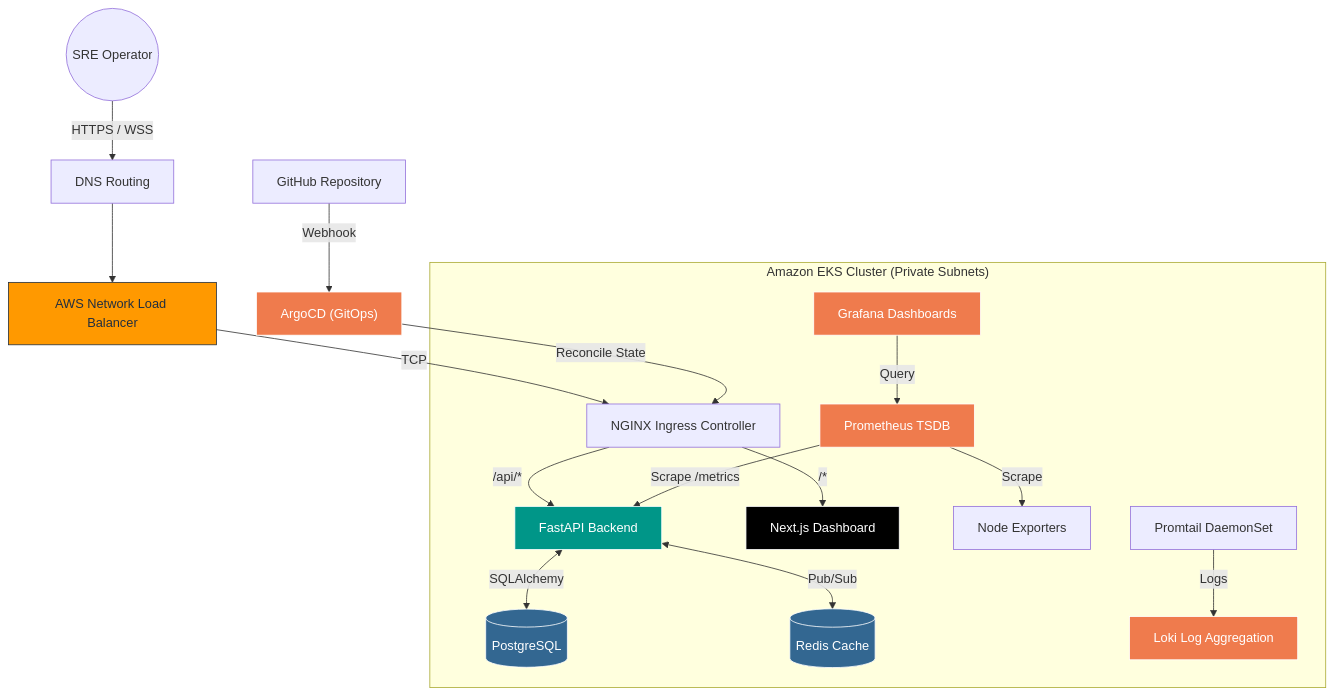
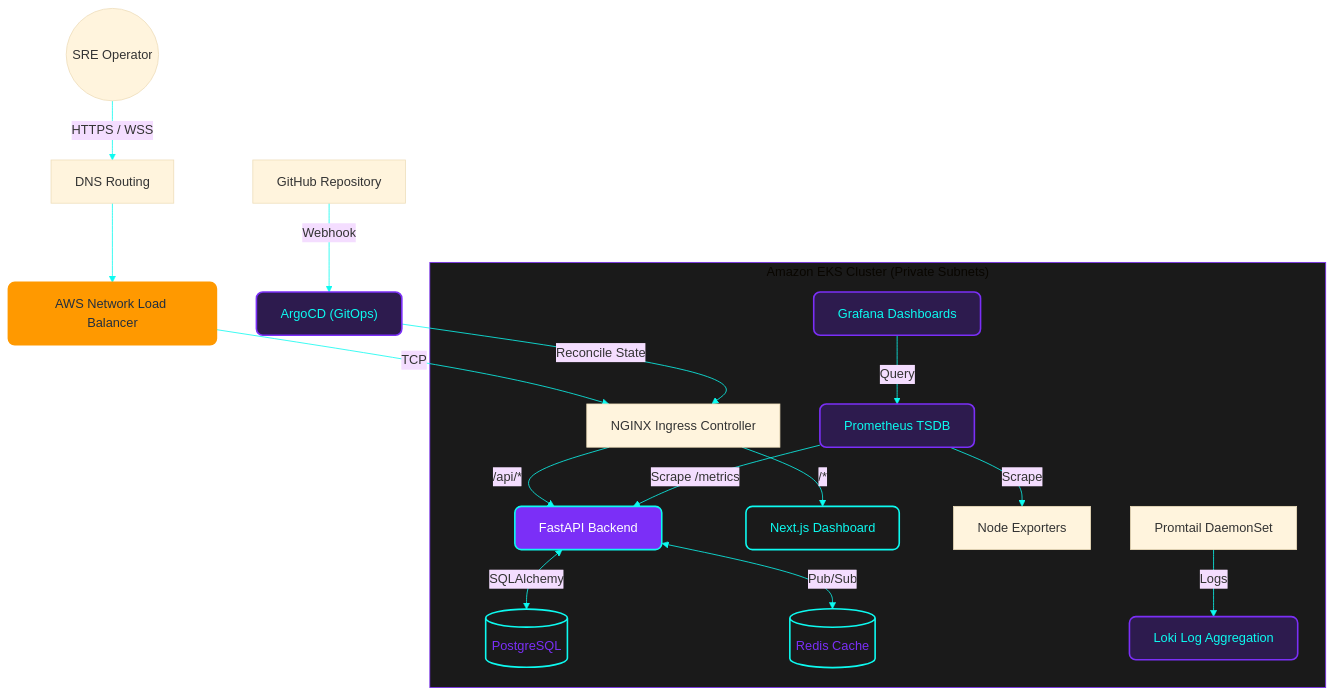
The first of 4 diagrams in docs/presentation/Cloud_Sentinel_Architecture_Presentation.md (charan21042005/cloud-sentinel-platform), drawn with Mermaid before and after one commit. The commit also changed other lines of this file, not shown here.

Commit message:
docs(presentation): apply custom theme and branding to all mermaid diagrams

````diff
--- a/docs/presentation/Cloud_Sentinel_Architecture_Presentation.md
+++ b/docs/presentation/Cloud_Sentinel_Architecture_Presentation.md
@@ -22,28 +22,29 @@
 ```mermaid
+%%{init: {'theme': 'base', 'themeVariables': { 'lineColor': '#0dfaf0', 'textColor': '#ffffff', 'clusterBkg': '#1a1a1a', 'clusterBorder': '#7b2ff7' }}}%%
 graph TD
-    classDef aws fill:#ff9900,color:#232f3e,stroke:#232f3e;
-    classDef web fill:#000000,color:#fff,stroke:#fff;
-    classDef api fill:#009688,color:#fff,stroke:#fff;
-    classDef ops fill:#EF7B4D,color:#fff,stroke:#fff;
-    classDef db fill:#336791,color:#fff,stroke:#fff;
+    classDef aws fill:#ff9900,color:#232f3e,stroke:#ff9900,stroke-width:2px,rx:8px;
+    classDef web fill:#1a1a1a,color:#0dfaf0,stroke:#0dfaf0,stroke-width:2px,rx:8px;
+    classDef api fill:#7b2ff7,color:#ffffff,stroke:#0dfaf0,stroke-width:2px,rx:8px;
+    classDef ops fill:#2d1b4e,color:#0dfaf0,stroke:#7b2ff7,stroke-width:2px,rx:8px;
+    classDef db fill:#1a1a1a,color:#7b2ff7,stroke:#0dfaf0,stroke-width:2px,rx:8px;
 
     User((SRE Operator)) -->|"HTTPS / WSS"| Route53["DNS Routing"]
     Route53 --> NLB["AWS Network Load Balancer"]:::aws
     NLB -->|"TCP"| Ingress["NGINX Ingress Controller"]
     
     subgraph "Amazon EKS Cluster (Private Subnets)"
         Ingress -->|"/api/*"| APIGateway["FastAPI Backend"]:::api
         Ingress -->|"/*"| NextJS["Next.js Dashboard"]:::web
         
         APIGateway <-->|"SQLAlchemy"| PostgreSQL[(PostgreSQL)]:::db
         APIGateway <-->|"Pub/Sub"| Redis[(Redis Cache)]:::db
         
         Prometheus["Prometheus TSDB"]:::ops -->|"Scrape /metrics"| APIGateway
         Prometheus -->|"Scrape"| NodeExporter["Node Exporters"]
         Grafana["Grafana Dashboards"]:::ops -->|"Query"| Prometheus
         Promtail["Promtail DaemonSet"] -->|"Logs"| Loki["Loki Log Aggregation"]:::ops
     end
     
     GitHub["GitHub Repository"] -->|"Webhook"| ArgoCD["ArgoCD (GitOps)"]:::ops
     ArgoCD -->|"Reconcile State"| Ingress
 ```
````
